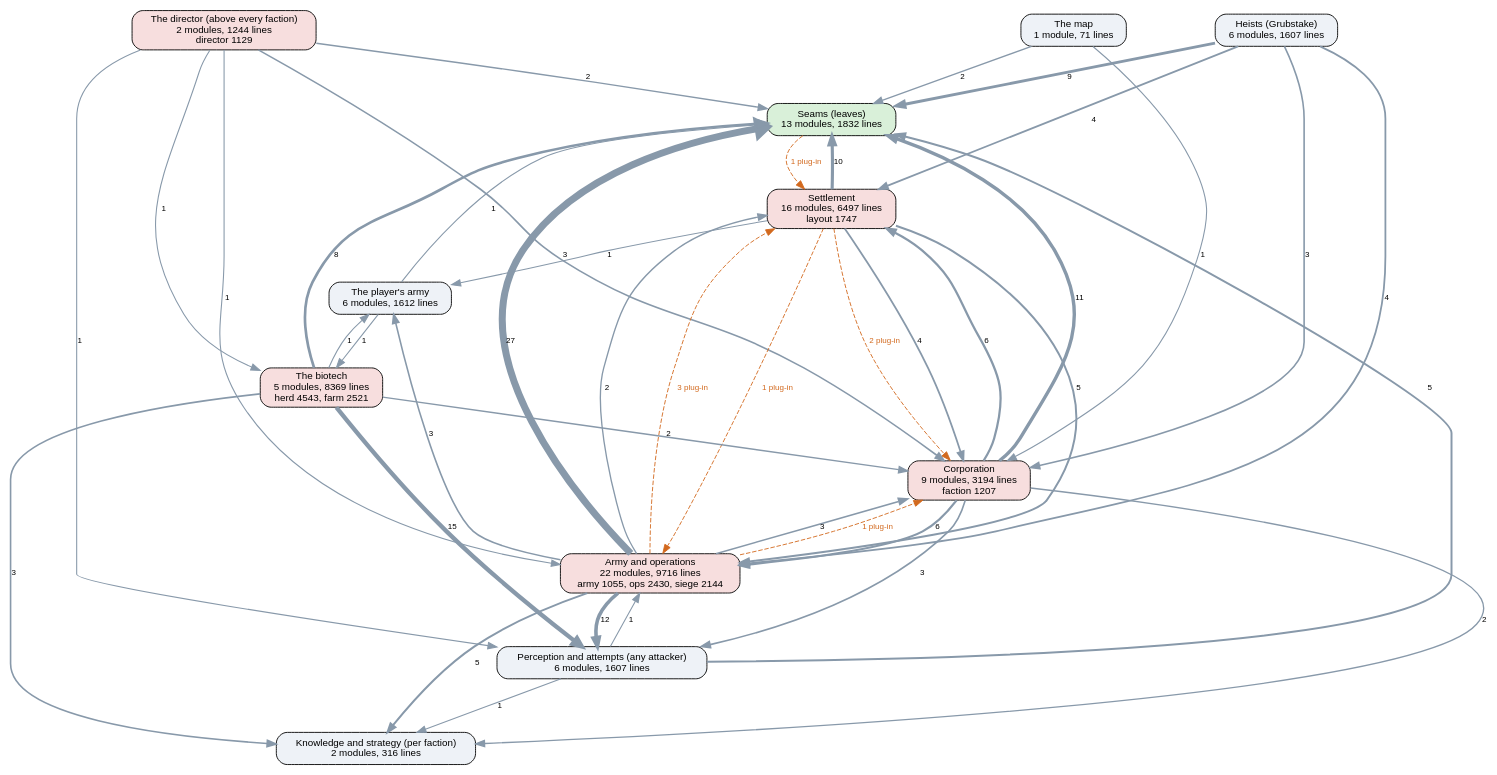
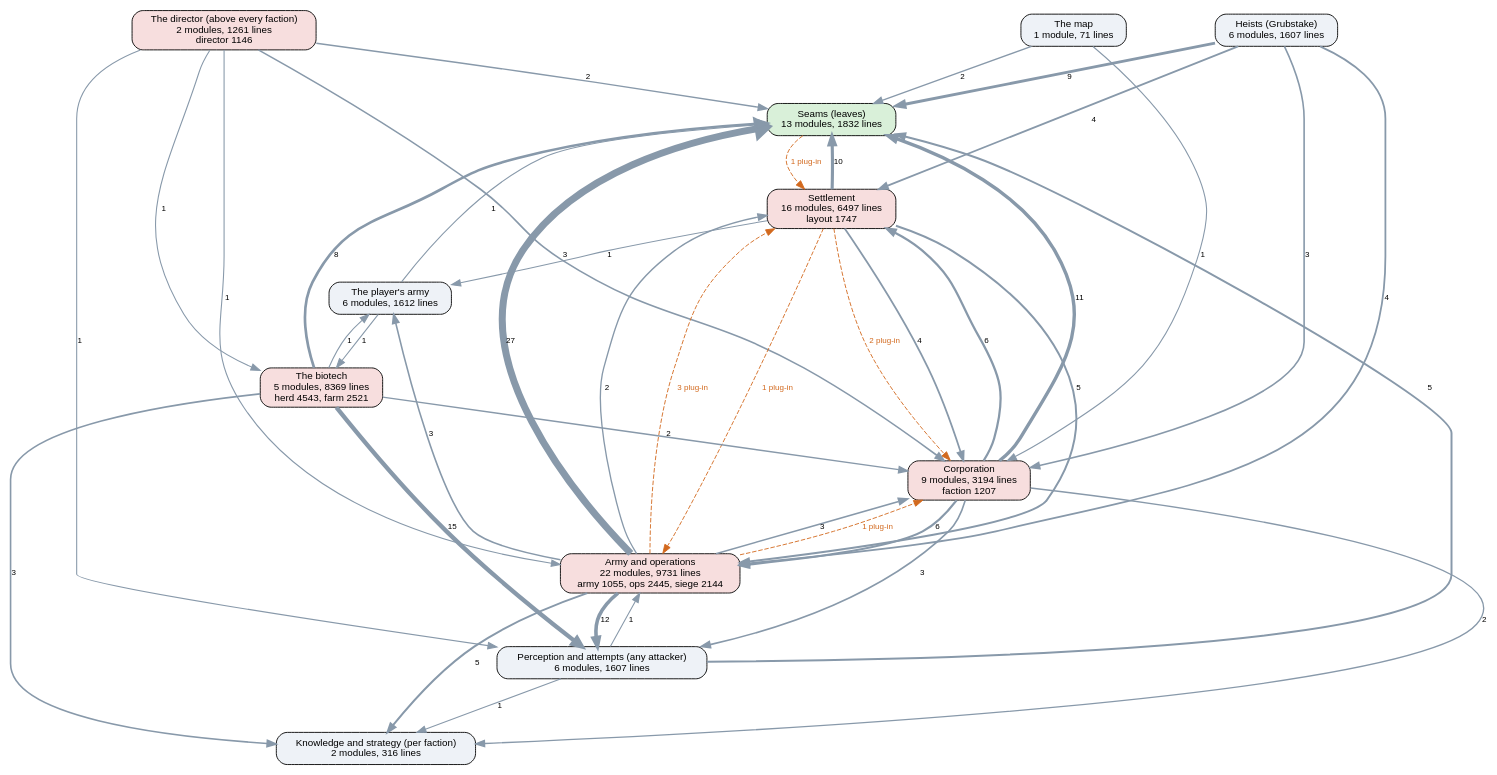
The diagram in docs/ai-layers.dot (kinelhu/landing-party), drawn with Graphviz before and after one commit. The commit also changed 11 other files, not shown here.

```diff
--- a/docs/ai-layers.dot
+++ b/docs/ai-layers.dot
@@ -1,57 +1,57 @@
 digraph layers {
   graph [rankdir=TB, fontname="Helvetica", nodesep=0.5, ranksep=0.7];
   node [shape=box, style="rounded,filled", fontname="Helvetica", fontsize=11, fillcolor="#eef2f7"];
   edge [color="#8899aa", fontname="Helvetica", fontsize=9];
   "Seams (leaves)" [label="Seams (leaves)\n13 modules, 1832 lines", fillcolor="#d9f0d9"];
   "Perception and attempts (any attacker)" [label="Perception and attempts (any attacker)\n6 modules, 1607 lines", fillcolor="#eef2f7"];
   "Knowledge and strategy (per faction)" [label="Knowledge and strategy (per faction)\n2 modules, 316 lines", fillcolor="#eef2f7"];
-  "The director (above every faction)" [label="The director (above every faction)\n2 modules, 1244 lines\ndirector 1129", fillcolor="#f7dede"];
+  "The director (above every faction)" [label="The director (above every faction)\n2 modules, 1261 lines\ndirector 1146", fillcolor="#f7dede"];
   "Corporation" [label="Corporation\n9 modules, 3194 lines\nfaction 1207", fillcolor="#f7dede"];
   "Settlement" [label="Settlement\n16 modules, 6497 lines\nlayout 1747", fillcolor="#f7dede"];
-  "Army and operations" [label="Army and operations\n22 modules, 9716 lines\narmy 1055, ops 2430, siege 2144", fillcolor="#f7dede"];
+  "Army and operations" [label="Army and operations\n22 modules, 9731 lines\narmy 1055, ops 2445, siege 2144", fillcolor="#f7dede"];
   "Heists (Grubstake)" [label="Heists (Grubstake)\n6 modules, 1607 lines", fillcolor="#eef2f7"];
   "The biotech" [label="The biotech\n5 modules, 8369 lines\nherd 4543, farm 2521", fillcolor="#f7dede"];
   "The map" [label="The map\n1 module, 71 lines", fillcolor="#eef2f7"];
   "The player's army" [label="The player's army\n6 modules, 1612 lines", fillcolor="#eef2f7"];
   "Army and operations" -> "Corporation" [label="3", penwidth=1.8];
   "Army and operations" -> "Knowledge and strategy (per faction)" [label="5", penwidth=2.2];
   "Army and operations" -> "Perception and attempts (any attacker)" [label="12", penwidth=4.0];
   "Army and operations" -> "Seams (leaves)" [label="27", penwidth=7.8];
   "Army and operations" -> "Settlement" [label="2", penwidth=1.5];
   "Army and operations" -> "The player's army" [label="3", penwidth=1.8];
   "Corporation" -> "Army and operations" [label="6", penwidth=2.5];
   "Corporation" -> "Knowledge and strategy (per faction)" [label="2", penwidth=1.5];
   "Corporation" -> "Perception and attempts (any attacker)" [label="3", penwidth=1.8];
   "Corporation" -> "Seams (leaves)" [label="11", penwidth=3.8];
   "Corporation" -> "Settlement" [label="6", penwidth=2.5];
   "Heists (Grubstake)" -> "Army and operations" [label="4", penwidth=2.0];
   "Heists (Grubstake)" -> "Corporation" [label="3", penwidth=1.8];
   "Heists (Grubstake)" -> "Seams (leaves)" [label="9", penwidth=3.2];
   "Heists (Grubstake)" -> "Settlement" [label="4", penwidth=2.0];
   "Perception and attempts (any attacker)" -> "Army and operations" [label="1", penwidth=1.2];
   "Perception and attempts (any attacker)" -> "Knowledge and strategy (per faction)" [label="1", penwidth=1.2];
   "Perception and attempts (any attacker)" -> "Seams (leaves)" [label="5", penwidth=2.2];
   "Settlement" -> "Army and operations" [label="5", penwidth=2.2];
   "Settlement" -> "Corporation" [label="4", penwidth=2.0];
   "Settlement" -> "Seams (leaves)" [label="10", penwidth=3.5];
   "Settlement" -> "The player's army" [label="1", penwidth=1.2];
   "The biotech" -> "Corporation" [label="2", penwidth=1.5];
   "The biotech" -> "Knowledge and strategy (per faction)" [label="3", penwidth=1.8];
   "The biotech" -> "Perception and attempts (any attacker)" [label="15", penwidth=4.8];
   "The biotech" -> "Seams (leaves)" [label="8", penwidth=3.0];
   "The biotech" -> "The player's army" [label="1", penwidth=1.2];
   "The director (above every faction)" -> "Army and operations" [label="1", penwidth=1.2];
   "The director (above every faction)" -> "Corporation" [label="3", penwidth=1.8];
   "The director (above every faction)" -> "Perception and attempts (any attacker)" [label="1", penwidth=1.2];
   "The director (above every faction)" -> "Seams (leaves)" [label="2", penwidth=1.5];
   "The director (above every faction)" -> "The biotech" [label="1", penwidth=1.2];
   "The map" -> "Corporation" [label="1", penwidth=1.2];
   "The map" -> "Seams (leaves)" [label="2", penwidth=1.5];
   "The player's army" -> "Seams (leaves)" [label="1", penwidth=1.2];
   "The player's army" -> "The biotech" [label="1", penwidth=1.2];
   "Army and operations" -> "Corporation" [style=dashed, color="#d2691e", fontcolor="#d2691e", label="1 plug-in"];
   "Army and operations" -> "Settlement" [style=dashed, color="#d2691e", fontcolor="#d2691e", label="3 plug-in"];
   "Seams (leaves)" -> "Settlement" [style=dashed, color="#d2691e", fontcolor="#d2691e", label="1 plug-in"];
   "Settlement" -> "Army and operations" [style=dashed, color="#d2691e", fontcolor="#d2691e", label="1 plug-in"];
   "Settlement" -> "Corporation" [style=dashed, color="#d2691e", fontcolor="#d2691e", label="2 plug-in"];
 }
```
